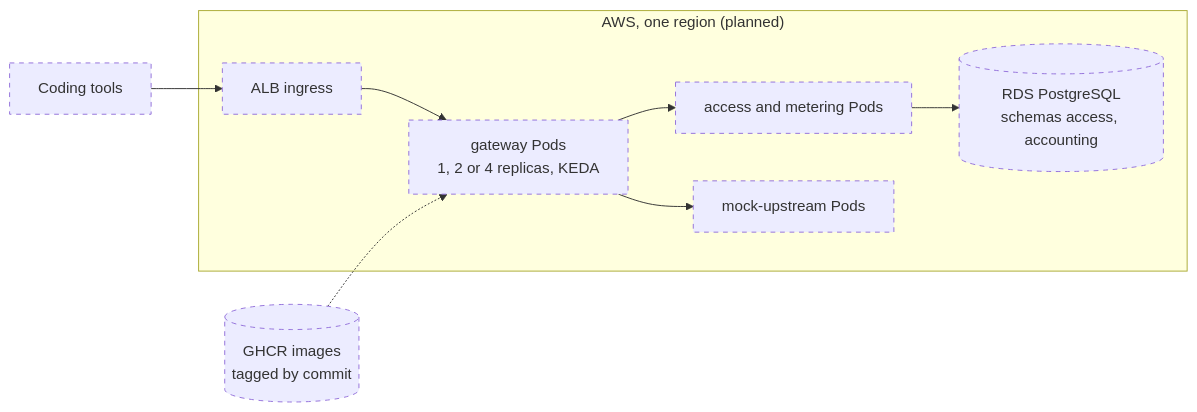
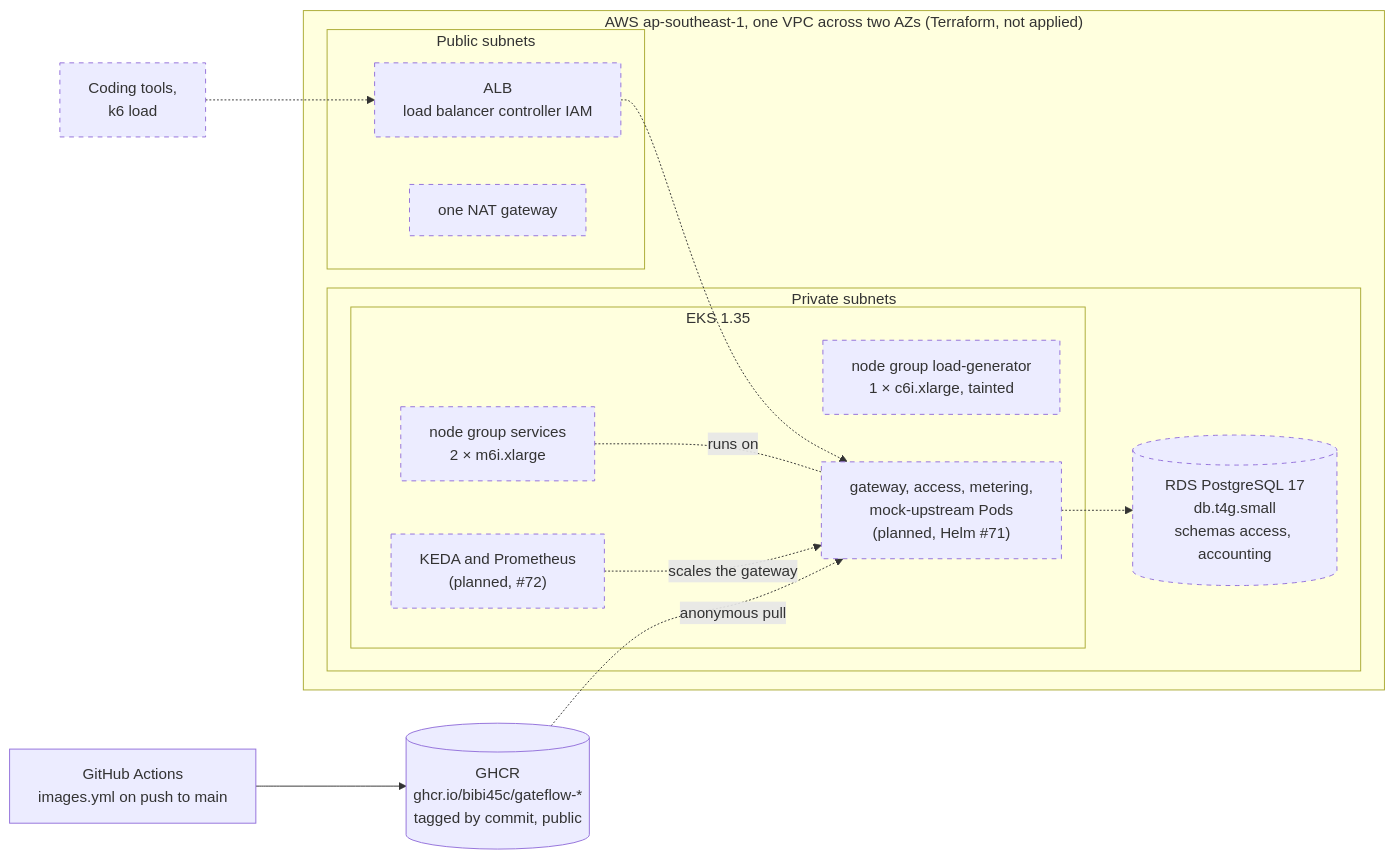
The fourth of 8 diagrams in docs/diagrams/as-built.md (bibi45c/gateflow), drawn with Mermaid before and after one commit. The commit also changed other lines of this file, not shown here.

Commit message:
docs(docs): refresh the as-built views for S2 and the S3 Terraform (#104)

````diff
--- a/docs/diagrams/as-built.md
+++ b/docs/diagrams/as-built.md
@@ -223,14 +234,31 @@
 ```mermaid
 flowchart LR
-  T["Coding tools"] --> ALB["ALB ingress"]
-  subgraph aws["AWS, one region (planned)"]
-    ALB --> GWp["gateway Pods<br/>1, 2 or 4 replicas, KEDA"]
-    GWp --> SVp["access and metering Pods"]
-    SVp --> RDS[("RDS PostgreSQL<br/>schemas access, accounting")]
-    GWp --> MUp["mock-upstream Pods"]
+  T["Coding tools,<br/>k6 load"] -.-> ALB
+  subgraph aws["AWS ap-southeast-1, one VPC across two AZs (Terraform, not applied)"]
+    subgraph pub["Public subnets"]
+      ALB["ALB<br/>load balancer controller IAM"]
+      NAT["one NAT gateway"]
+    end
+    subgraph priv["Private subnets"]
+      subgraph eks["EKS 1.35"]
+        SVC["node group services<br/>2 × m6i.xlarge"]
+        GEN["node group load-generator<br/>1 × c6i.xlarge, tainted"]
+        PODS["gateway, access, metering,<br/>mock-upstream Pods<br/>(planned, Helm #71)"]
+        KEDA["KEDA and Prometheus<br/>(planned, #72)"]
+      end
+      RDS[("RDS PostgreSQL 17<br/>db.t4g.small<br/>schemas access, accounting")]
+    end
   end
-  GHCR[("GHCR images<br/>tagged by commit")] -.-> GWp
+  GHCR[("GHCR<br/>ghcr.io/bibi45c/gateflow-*<br/>tagged by commit, public")]
+  GA["GitHub Actions<br/>images.yml on push to main"]
+
+  ALB -.-> PODS
+  PODS -.-> RDS
+  SVC -.-|"runs on"| PODS
+  KEDA -.->|"scales the gateway"| PODS
+  GA --> GHCR
+  GHCR -.->|"anonymous pull"| PODS
 
   classDef planned stroke-dasharray:5 5
-  class T,ALB,GWp,SVp,RDS,MUp,GHCR planned
+  class ALB,NAT,SVC,GEN,RDS,PODS,KEDA,T planned
 ```
````
